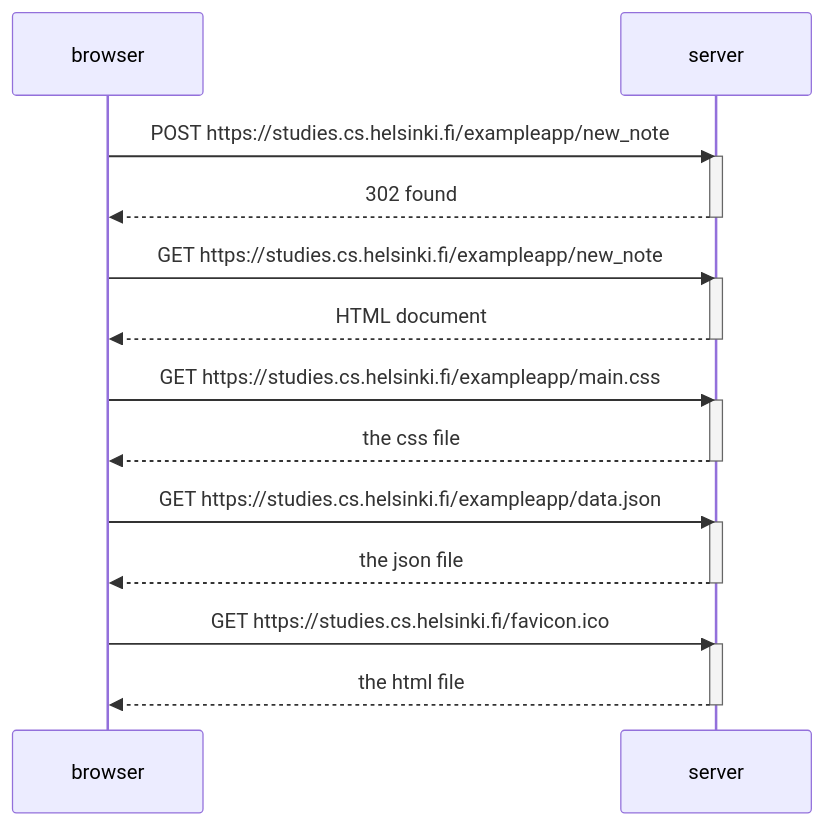
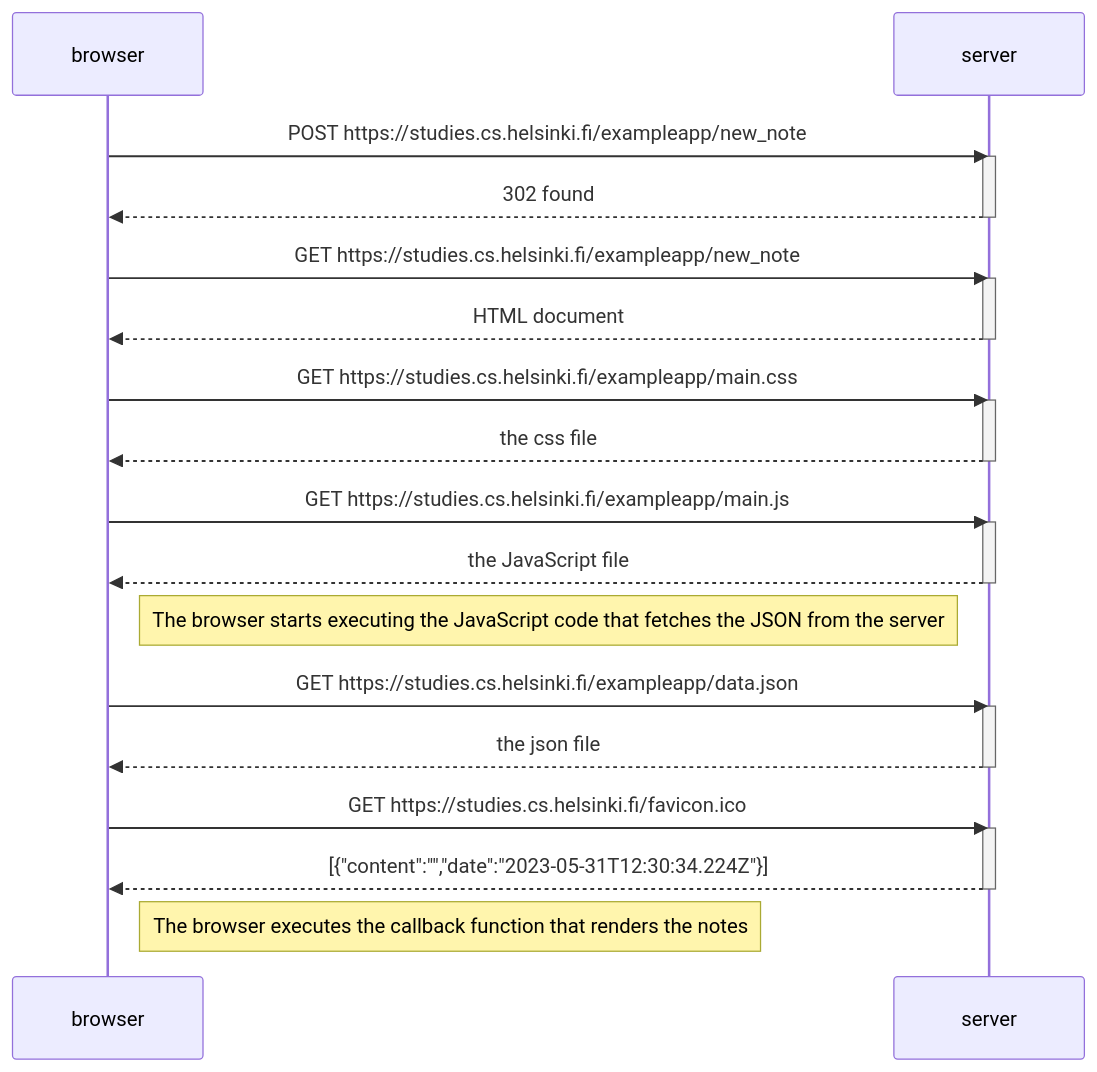
The diagram in part0/diagram.md (helenesauve/helsinki-fullstack-mooc), drawn with Mermaid before and after one commit.

Commit message:
adding notes

````diff
--- a/part0/diagram.md
+++ b/part0/diagram.md
@@ -2,30 +2,39 @@
 ```mermaid
 sequenceDiagram
     participant browser
     participant server
 
     browser->>server: POST https://studies.cs.helsinki.fi/exampleapp/new_note
     activate server
     server-->>browser: 302 found
     deactivate server
 
     browser->>server: GET https://studies.cs.helsinki.fi/exampleapp/new_note
     activate server
     server-->>browser: HTML document
     deactivate server
 
     browser->>server: GET https://studies.cs.helsinki.fi/exampleapp/main.css
     activate server
     server-->>browser: the css file
     deactivate server
 
+    browser->>server: GET https://studies.cs.helsinki.fi/exampleapp/main.js
+    activate server
+    server-->>browser: the JavaScript file
+    deactivate server
+
+    Note right of browser: The browser starts executing the JavaScript code that fetches the JSON from the server
+
     browser->>server: GET https://studies.cs.helsinki.fi/exampleapp/data.json
     activate server
     server-->>browser: the json file
     deactivate server
 
     browser->>server: GET https://studies.cs.helsinki.fi/favicon.ico
     activate server
-    server-->>browser: the html file
+    server-->>browser: [{"content":"","date":"2023-05-31T12:30:34.224Z"}]
     deactivate server
+
+    Note right of browser: The browser executes the callback function that renders the notes
 ```
````
